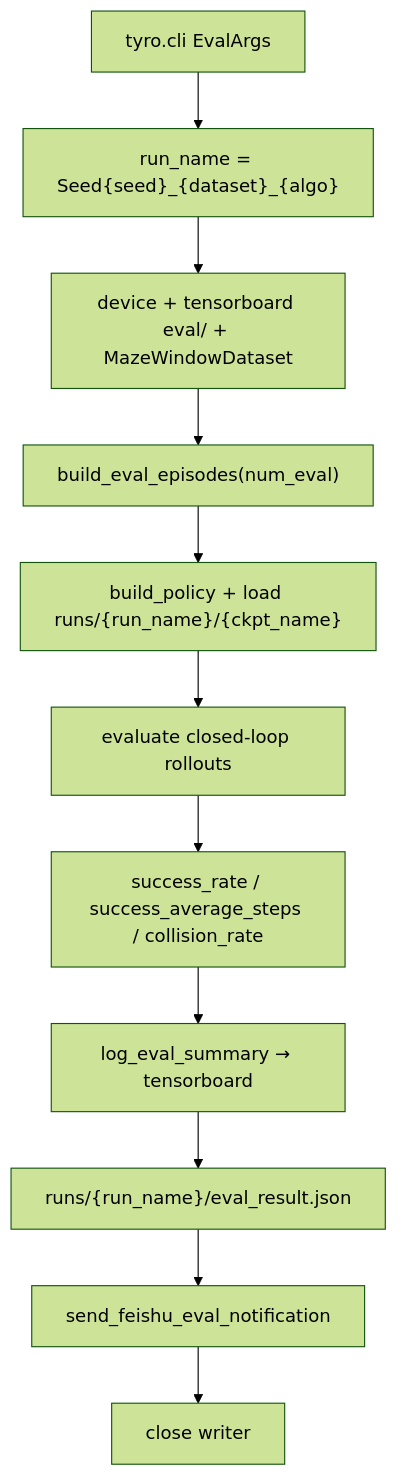
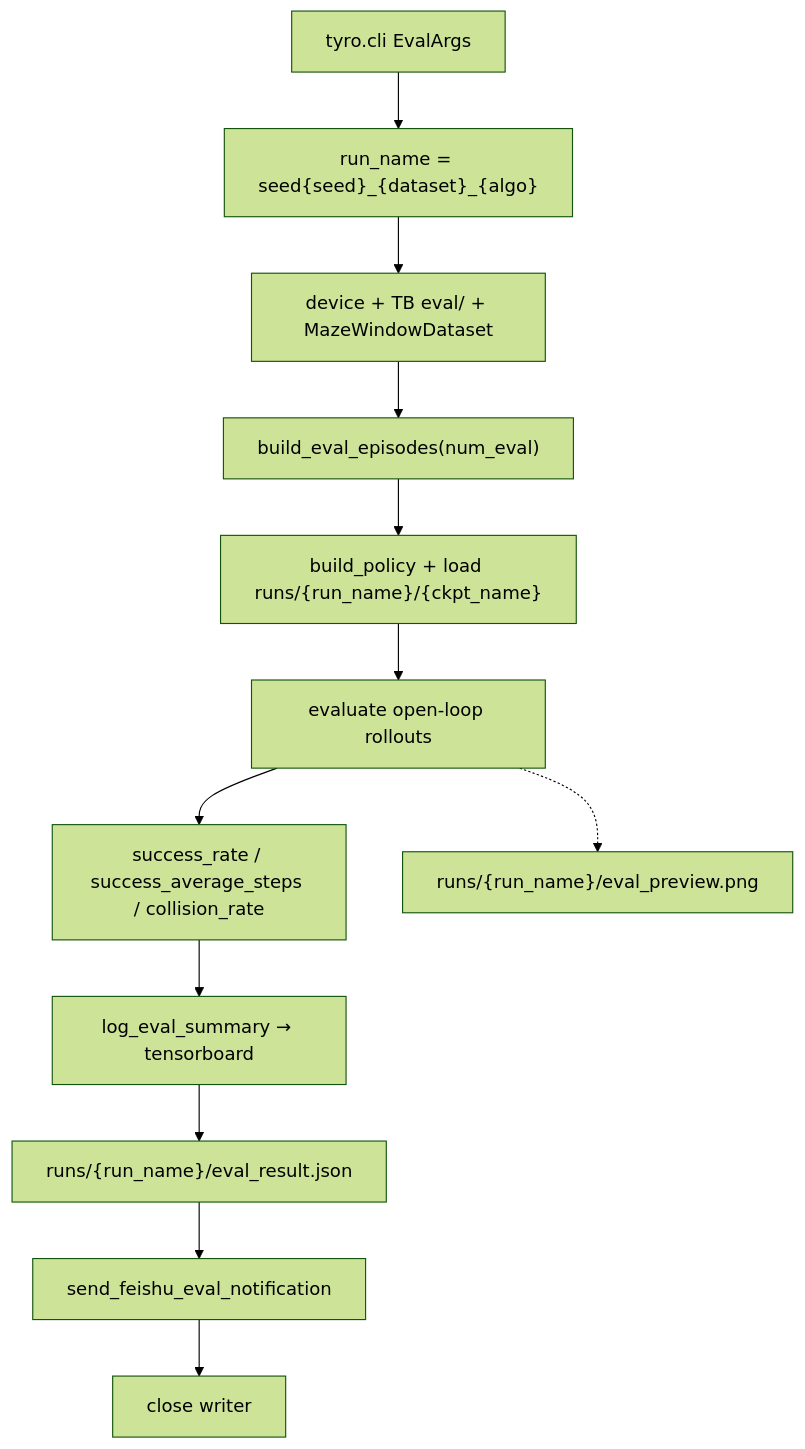
One commit to IBNBlank/maze_playground changed the fourth of 4 diagrams in README.md. Above: the diagram before and after it, drawn with Mermaid (forest theme). The commit also changed other lines of this file and 10 other files, not shown here.

````diff
--- a/README.md
+++ b/README.md
@@ -181,13 +189,14 @@
 ```mermaid
 flowchart TB
-    start["tyro.cli EvalArgs"] --> run_name["run_name = Seed{seed}_{dataset}_{algo}"]
-    run_name --> init["device + tensorboard eval/ + MazeWindowDataset"]
+    start["tyro.cli EvalArgs"] --> run_name["run_name = seed{seed}_{dataset}_{algo}"]
+    run_name --> init["device + TB eval/ + MazeWindowDataset"]
     init --> episodes["build_eval_episodes(num_eval)"]
     episodes --> policy["build_policy + load runs/{run_name}/{ckpt_name}"]
-    policy --> roll["evaluate closed-loop rollouts"]
+    policy --> roll["evaluate open-loop rollouts"]
     roll --> metrics["success_rate / success_average_steps / collision_rate"]
     metrics --> log["log_eval_summary → tensorboard"]
     log --> json["runs/{run_name}/eval_result.json"]
+    roll -.-> preview["runs/{run_name}/eval_preview.png"]
     json --> feishu["send_feishu_eval_notification"]
     feishu --> done["close writer"]
 ```
````
